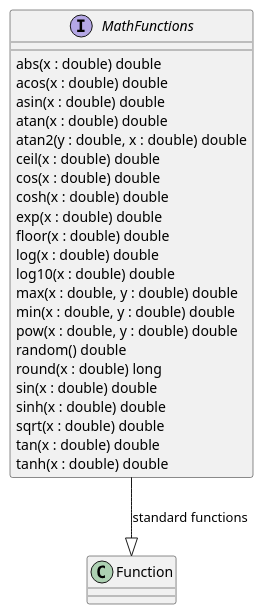
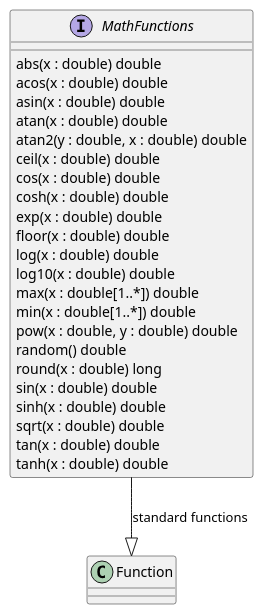
One commit to opengeospatial/cartographic-symbology changed the second of 4 diagrams in 1-core/sections/clause_15_functions.adoc. Above: the diagram before and after it, drawn with PlantUML. The commit also changed 3 other files, not shown here.

First line of the commit message:
Follow Maxime's review: min/max UML, cross-reference, hotSpot, factor

```diff
--- a/1-core/sections/clause_15_functions.adoc
+++ b/1-core/sections/clause_15_functions.adoc
@@ -67,29 +67,29 @@
 [plantuml, target=diagram-classes, format=png]
 ....
 @startuml
 interface MathFunctions
 MathFunctions --|> Function : standard functions
 MathFunctions : abs(x : double) double
 MathFunctions : acos(x : double) double
 MathFunctions : asin(x : double) double
 MathFunctions : atan(x : double) double
 MathFunctions : atan2(y : double, x : double) double
 MathFunctions : ceil(x : double) double
 MathFunctions : cos(x : double) double
 MathFunctions : cosh(x : double) double
 MathFunctions : exp(x : double) double
 MathFunctions : floor(x : double) double
 MathFunctions : log(x : double) double
 MathFunctions : log10(x : double) double
-MathFunctions : max(x : double, y : double) double
-MathFunctions : min(x : double, y : double) double
+MathFunctions : max(x : double[1..*]) double
+MathFunctions : min(x : double[1..*]) double
 MathFunctions : pow(x : double, y : double) double
 MathFunctions : random() double
 MathFunctions : round(x : double) long
 MathFunctions : sin(x : double) double
 MathFunctions : sinh(x : double) double
 MathFunctions : sqrt(x : double) double
 MathFunctions : tan(x : double) double
 MathFunctions : tanh(x : double) double
 @enduml
 ....
```
